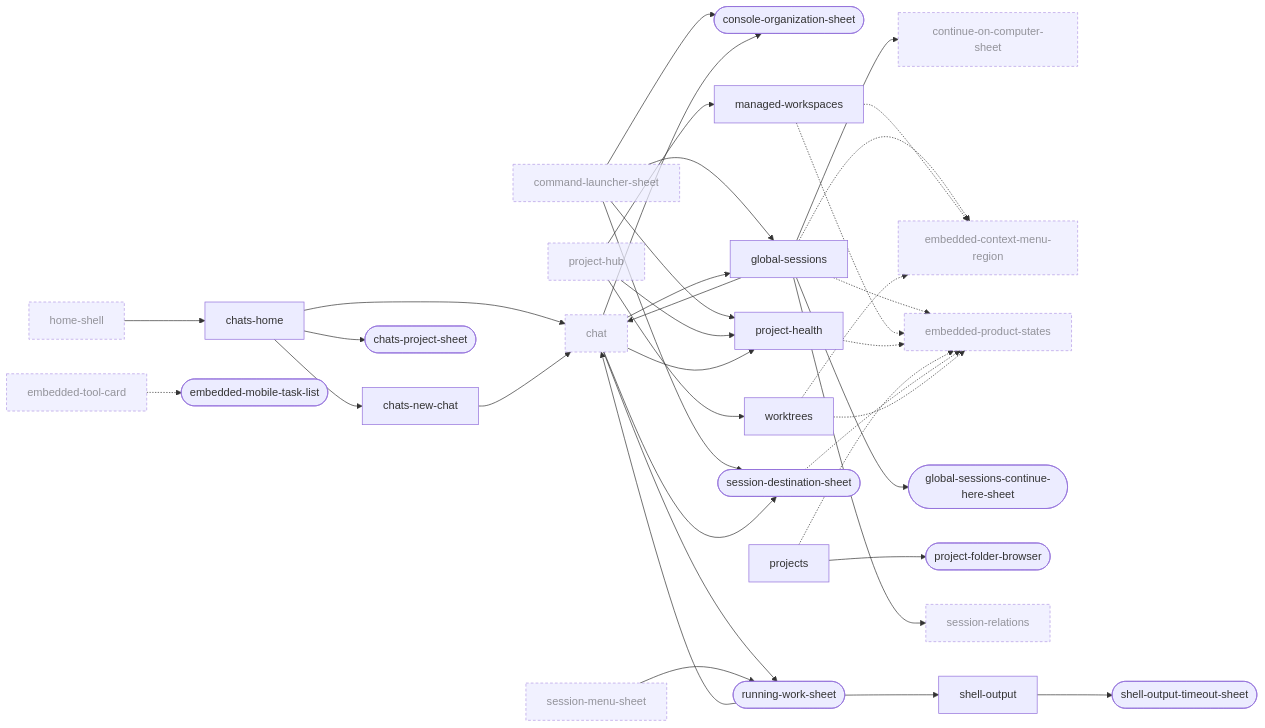
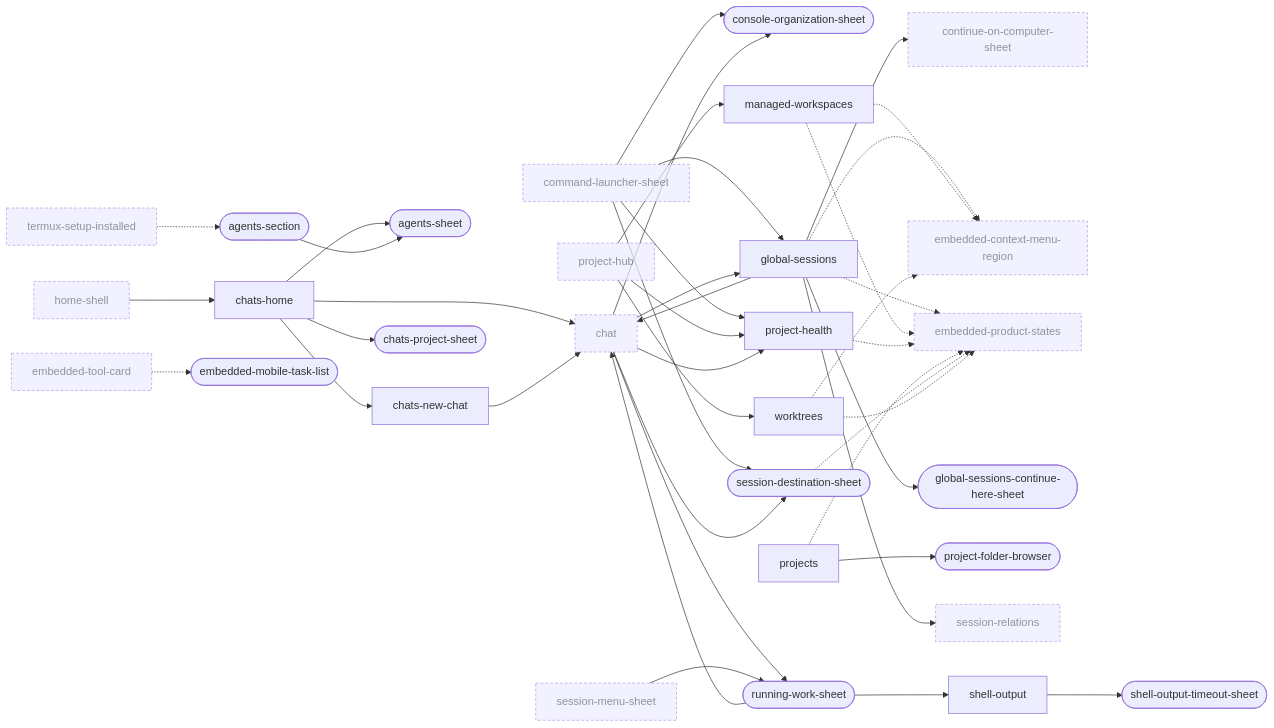
The third of 10 diagrams in docs/design/ui-ledger/navigation.md (Eslamasabry/opencode-mobile-next), drawn with Mermaid before and after one commit. The commit also changed other lines of this file and 54 other files, not shown here.

First line of the commit message:
feat(agents-ui): agent chip and one-sheet setup, status lines, resume notice, Settings Agents and phone check [skip ci]

````diff
--- a/docs/design/ui-ledger/navigation.md
+++ b/docs/design/ui-ledger/navigation.md
@@ -421,66 +421,72 @@
 ```mermaid
 graph LR
+  agents_section(["agents-section"])
+  agents_sheet(["agents-sheet"])
   chat["chat"]:::ext
   chats_home["chats-home"]
   chats_new_chat["chats-new-chat"]
   chats_project_sheet(["chats-project-sheet"])
   command_launcher_sheet["command-launcher-sheet"]:::ext
   console_organization_sheet(["console-organization-sheet"])
   continue_on_computer_sheet["continue-on-computer-sheet"]:::ext
   embedded_context_menu_region["embedded-context-menu-region"]:::ext
   embedded_mobile_task_list(["embedded-mobile-task-list"])
   embedded_product_states["embedded-product-states"]:::ext
   embedded_tool_card["embedded-tool-card"]:::ext
   global_sessions["global-sessions"]
   global_sessions_continue_here_sheet(["global-sessions-continue-here-sheet"])
   home_shell["home-shell"]:::ext
   managed_workspaces["managed-workspaces"]
   project_folder_browser(["project-folder-browser"])
   project_health["project-health"]
   project_hub["project-hub"]:::ext
   projects["projects"]
   running_work_sheet(["running-work-sheet"])
   session_destination_sheet(["session-destination-sheet"])
   session_menu_sheet["session-menu-sheet"]:::ext
   session_relations["session-relations"]:::ext
   shell_output["shell-output"]
   shell_output_timeout_sheet(["shell-output-timeout-sheet"])
+  termux_setup_installed["termux-setup-installed"]:::ext
   worktrees["worktrees"]
   home_shell --> chats_home
   chat --> running_work_sheet
   command_launcher_sheet --> global_sessions
   command_launcher_sheet --> session_destination_sheet
   command_launcher_sheet --> project_health
   command_launcher_sheet --> console_organization_sheet
   session_menu_sheet --> running_work_sheet
   chats_home --> chats_project_sheet
   chats_home --> chat
   chats_home --> chats_new_chat
+  chats_home --> agents_sheet
   global_sessions --> chat
   global_sessions --> session_relations
   global_sessions --> continue_on_computer_sheet
   global_sessions --> global_sessions_continue_here_sheet
   running_work_sheet --> chat
   running_work_sheet --> shell_output
   shell_output --> shell_output_timeout_sheet
   project_hub --> project_health
   project_hub --> worktrees
   project_hub --> managed_workspaces
   chats_new_chat --> chat
+  agents_section --> agents_sheet
   projects --> project_folder_browser
   global_sessions -.-> embedded_context_menu_region
   managed_workspaces -.-> embedded_context_menu_region
   worktrees -.-> embedded_context_menu_region
   global_sessions -.-> embedded_product_states
   managed_workspaces -.-> embedded_product_states
   project_health -.-> embedded_product_states
   projects -.-> embedded_product_states
   session_destination_sheet -.-> embedded_product_states
   worktrees -.-> embedded_product_states
   chat --> project_health
   chat --> global_sessions
   chat --> session_destination_sheet
   chat --> console_organization_sheet
   embedded_tool_card -.-> embedded_mobile_task_list
+  termux_setup_installed -.-> agents_section
   classDef ext stroke-dasharray: 4 3,opacity:0.7
 ```
````
